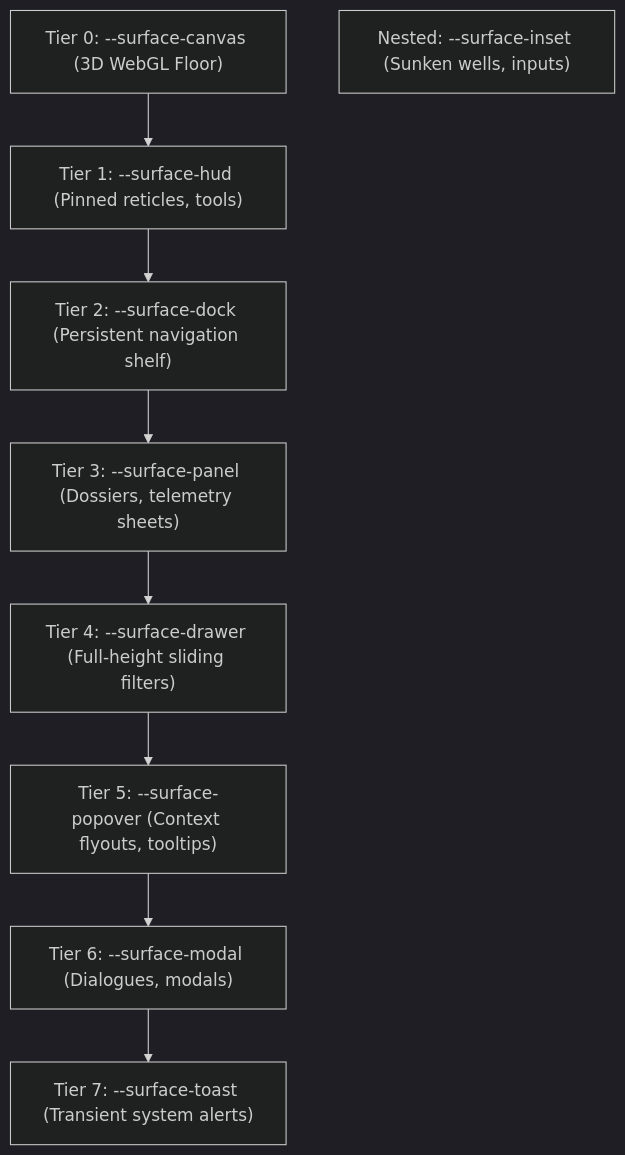
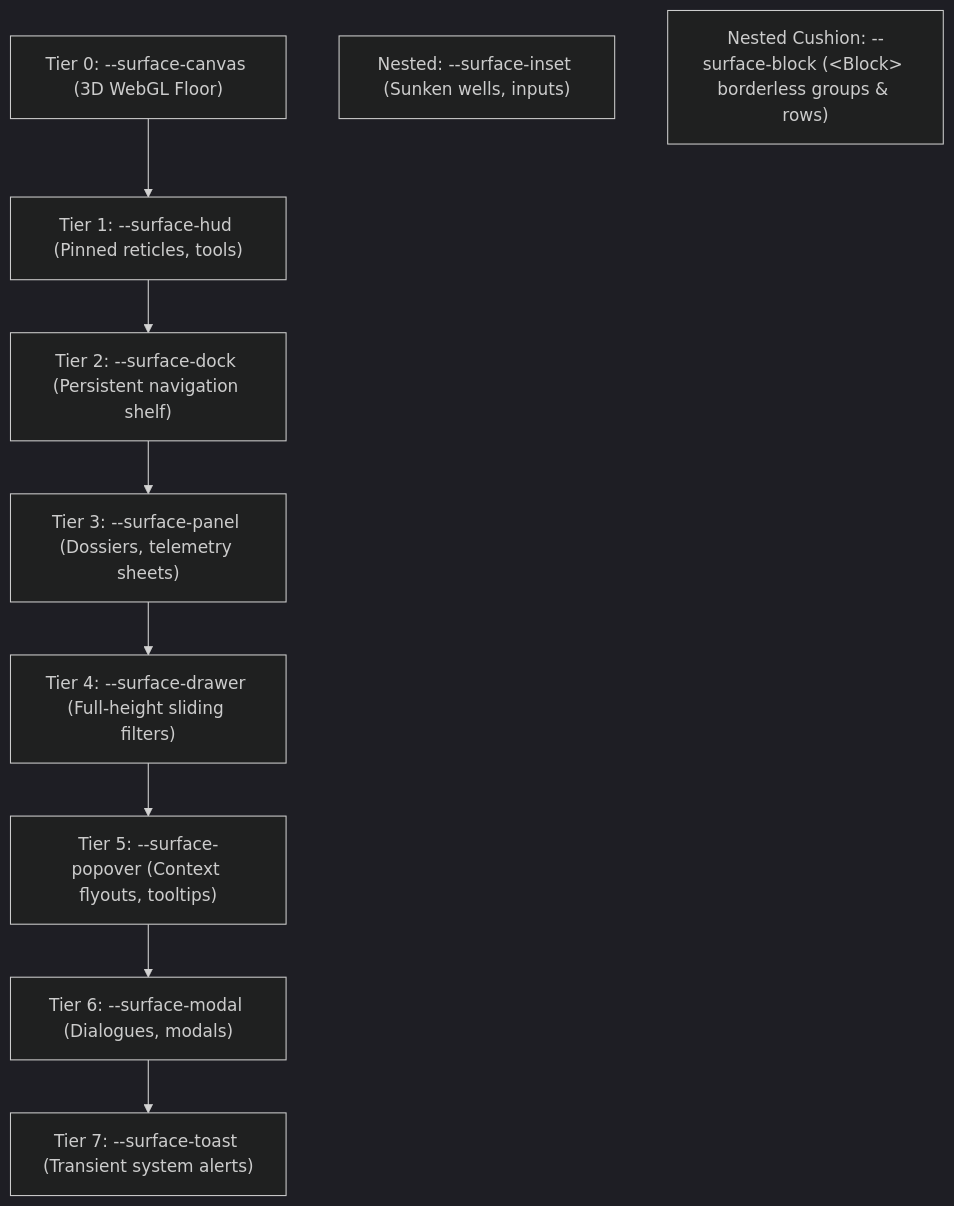
The second of 3 diagrams in docs/design/design-system.md (marcelkornblum/starmap), drawn with Mermaid (dark theme) before and after one commit. The commit also changed other lines of this file and 99 other files, not shown here.

````diff
--- a/docs/design/design-system.md
+++ b/docs/design/design-system.md
@@ -120,14 +120,15 @@
 ```mermaid
 flowchart TD
     Canvas["Tier 0: --surface-canvas (3D WebGL Floor)"]
     HUD["Tier 1: --surface-hud (Pinned reticles, tools)"]
     Dock["Tier 2: --surface-dock (Persistent navigation shelf)"]
     Panel["Tier 3: --surface-panel (Dossiers, telemetry sheets)"]
     Drawer["Tier 4: --surface-drawer (Full-height sliding filters)"]
     Popover["Tier 5: --surface-popover (Context flyouts, tooltips)"]
     Modal["Tier 6: --surface-modal (Dialogues, modals)"]
     Toast["Tier 7: --surface-toast (Transient system alerts)"]
     Inset["Nested: --surface-inset (Sunken wells, inputs)"]
+    Block["Nested Cushion: --surface-block (&lt;Block&gt; borderless groups & rows)"]
 
     Canvas --> HUD --> Dock --> Panel --> Drawer --> Popover --> Modal --> Toast
 ```
````
